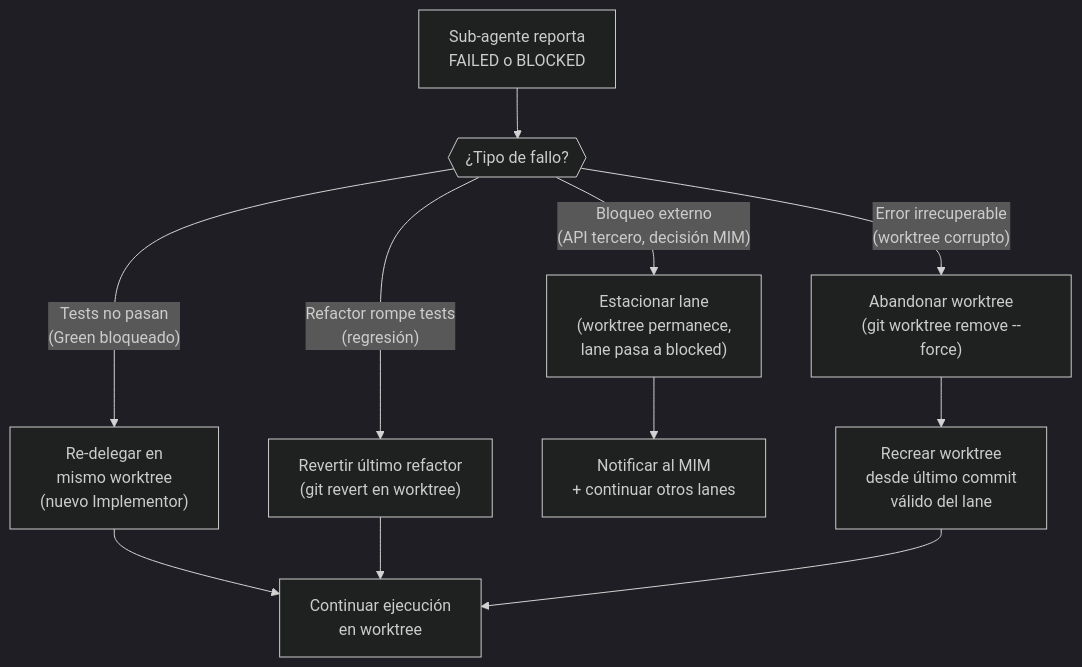
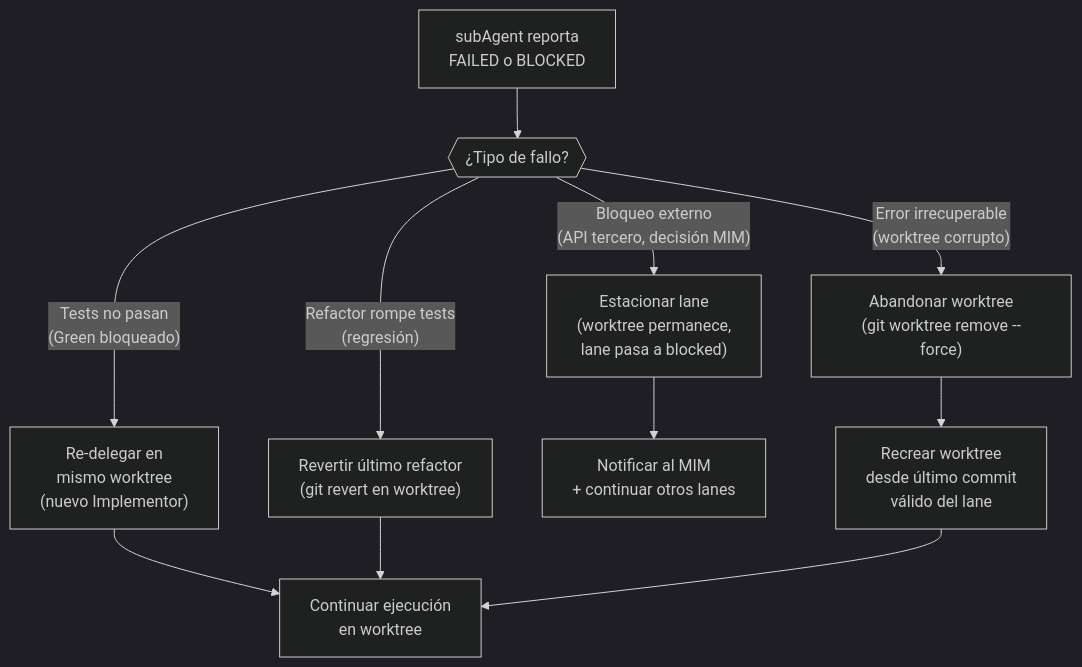
The sixth of 7 diagrams in docs/execution/git-strategy.md (virgenherrera/idea-to-mvp), drawn with Mermaid (dark theme) before and after one commit. The commit also changed other lines of this file and 30 other files, not shown here.

````diff
--- a/docs/execution/git-strategy.md
+++ b/docs/execution/git-strategy.md
@@ -356,18 +378,18 @@
 ```mermaid
 flowchart TD
-    FAIL["Sub-agente reporta\nFAILED o BLOCKED"]
+    FAIL["subAgent reporta\nFAILED o BLOCKED"]
     ASSESS{{"¿Tipo de fallo?"}}
 
     FAIL --> ASSESS
 
     ASSESS -->|"Tests no pasan\n(Green bloqueado)"| REDELEGATE["Re-delegar en\nmismo worktree\n(nuevo Implementor)"]
     ASSESS -->|"Refactor rompe tests\n(regresión)"| REVERT["Revertir último refactor\n(git revert en worktree)"]
     ASSESS -->|"Bloqueo externo\n(API tercero, decisión MIM)"| PARK["Estacionar lane\n(worktree permanece,\nlane pasa a blocked)"]
     ASSESS -->|"Error irrecuperable\n(worktree corrupto)"| ABANDON["Abandonar worktree\n(git worktree remove --force)"]
 
     REDELEGATE --> CONTINUE["Continuar ejecución\nen worktree"]
     REVERT --> CONTINUE
     PARK --> NOTIFY["Notificar al MIM\n+ continuar otros lanes"]
     ABANDON --> RECREATE["Recrear worktree\ndesde último commit\nválido del lane"]
     RECREATE --> CONTINUE
 ```
````
